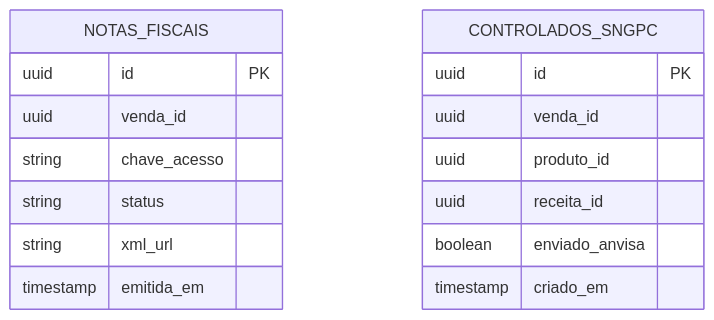
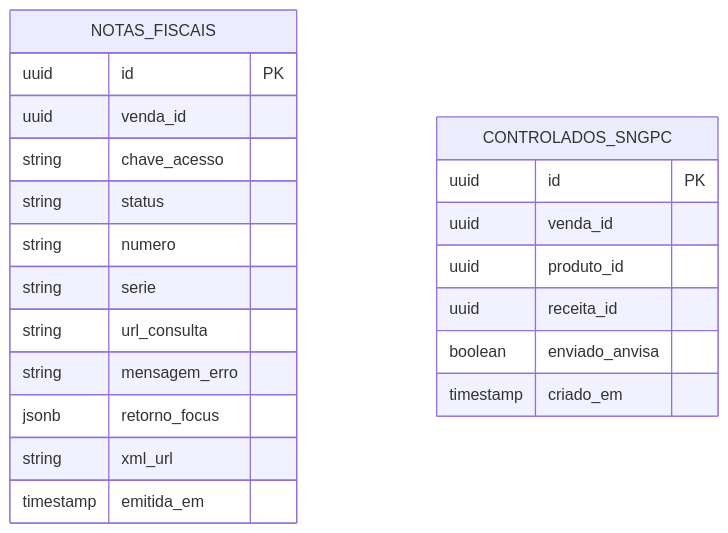
Before and after one commit to EduFerreira13/Arkos-Farmacia: the fifth of 5 diagrams in docs/MODELO-DADOS.md, drawn with Mermaid. The commit also changed other lines of this file and 4 other files, not shown here.

````diff
--- a/docs/MODELO-DADOS.md
+++ b/docs/MODELO-DADOS.md
@@ -198,19 +198,24 @@
 ```mermaid
 erDiagram
   NOTAS_FISCAIS {
     uuid id PK
     uuid venda_id
     string chave_acesso
     string status
+    string numero
+    string serie
+    string url_consulta
+    string mensagem_erro
+    jsonb retorno_focus
     string xml_url
     timestamp emitida_em
   }
   CONTROLADOS_SNGPC {
     uuid id PK
     uuid venda_id
     uuid produto_id
     uuid receita_id
     boolean enviado_anvisa
     timestamp criado_em
   }
 ```
````
